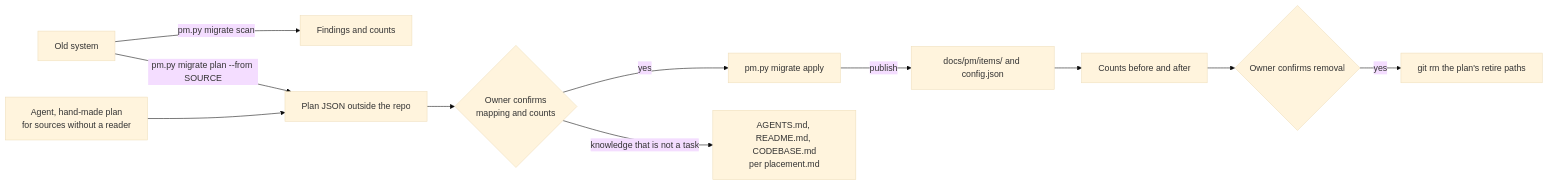
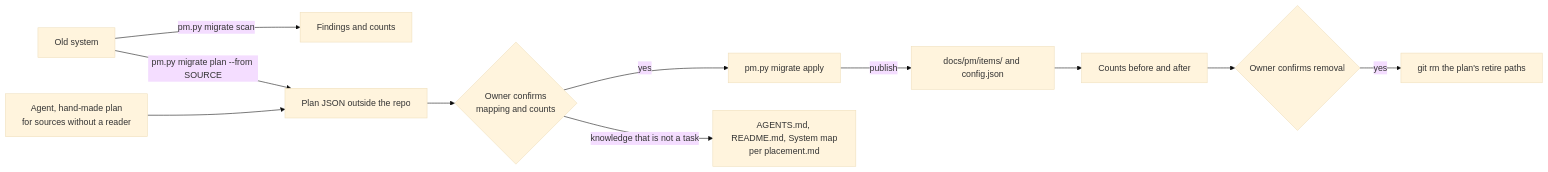
One commit to yehezkieled/pm-plugin changed the fourth of 4 diagrams in docs/architecture.md. Above: the diagram before and after it, drawn with Mermaid (base theme). The commit also changed other lines of this file and 58 other files, not shown here.

````diff
--- a/docs/architecture.md
+++ b/docs/architecture.md
@@ -58,13 +84,13 @@
 ```mermaid
 flowchart LR
   OLD[Old system] -->|pm.py migrate scan| F[Findings and counts]
   OLD -->|pm.py migrate plan --from SOURCE| P[Plan JSON outside the repo]
   A[Agent, hand-made plan<br/>for sources without a reader] --> P
   P --> O{Owner confirms<br/>mapping and counts}
   O -->|yes| AP[pm.py migrate apply]
   AP -->|publish| I[docs/pm/items/ and config.json]
-  O -->|knowledge that is not a task| PG[AGENTS.md, README.md, CODEBASE.md<br/>per placement.md]
+  O -->|knowledge that is not a task| PG[AGENTS.md, README.md, System map<br/>per placement.md]
   I --> V[Counts before and after]
   V --> R{Owner confirms removal}
   R -->|yes| GR[git rm the plan's retire paths]
 ```
````
